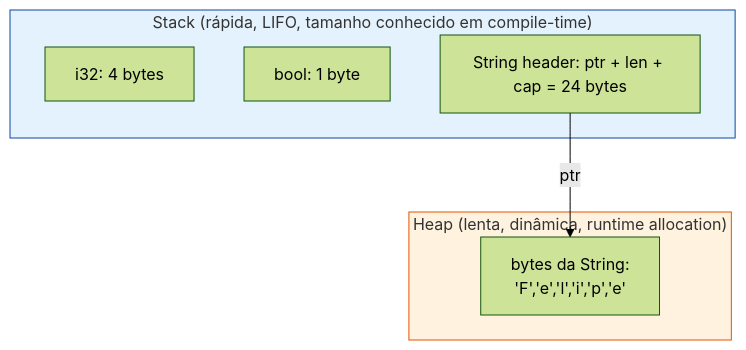
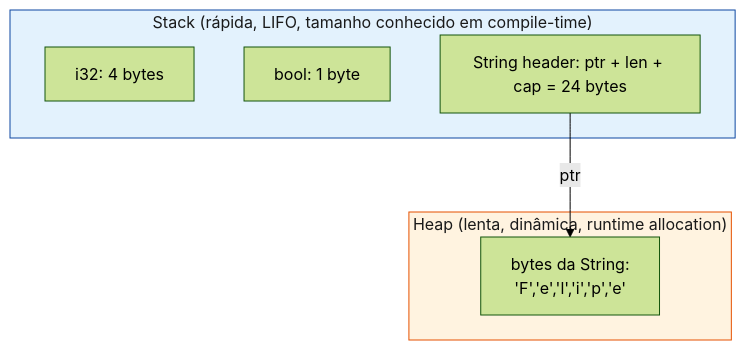
One commit to Felipeness/ferro-e-espirito changed the first of 7 diagrams in book/part-04-ownership/ch10-ownership-regras.md. Above: the diagram before and after it, drawn with Mermaid (forest theme). The commit also changed other lines of this file and 56 other files, not shown here.

First line of the commit message:
fix: contraste de texto em diagramas mermaid

````diff
--- a/book/part-04-ownership/ch10-ownership-regras.md
+++ b/book/part-04-ownership/ch10-ownership-regras.md
@@ -84,17 +84,17 @@
 ```mermaid
 graph TB
     subgraph Stack["Stack (rápida, LIFO, tamanho conhecido em compile-time)"]
         S1[i32: 4 bytes]
         S2[bool: 1 byte]
         S3[String header: ptr + len + cap = 24 bytes]
     end
 
     subgraph Heap["Heap (lenta, dinâmica, runtime allocation)"]
         H1["bytes da String:<br/>'F','e','l','i','p','e'"]
     end
 
     S3 -- ptr --> H1
 
-    style Stack fill:#e3f2fd,stroke:#0d47a1
-    style Heap fill:#fff3e0,stroke:#e65100
+    style Stack fill:#e3f2fd,stroke:#0d47a1,color:#1a1a1a
+    style Heap fill:#fff3e0,stroke:#e65100,color:#1a1a1a
 ```
````
